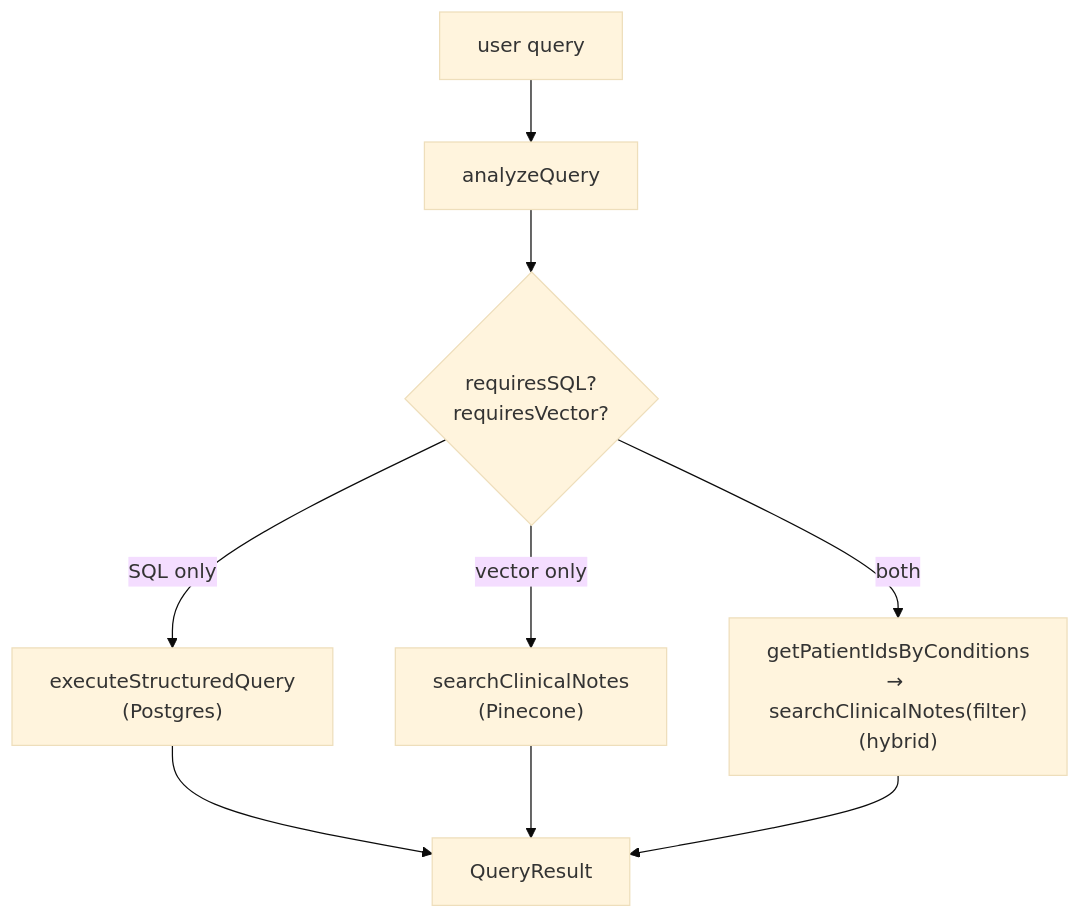
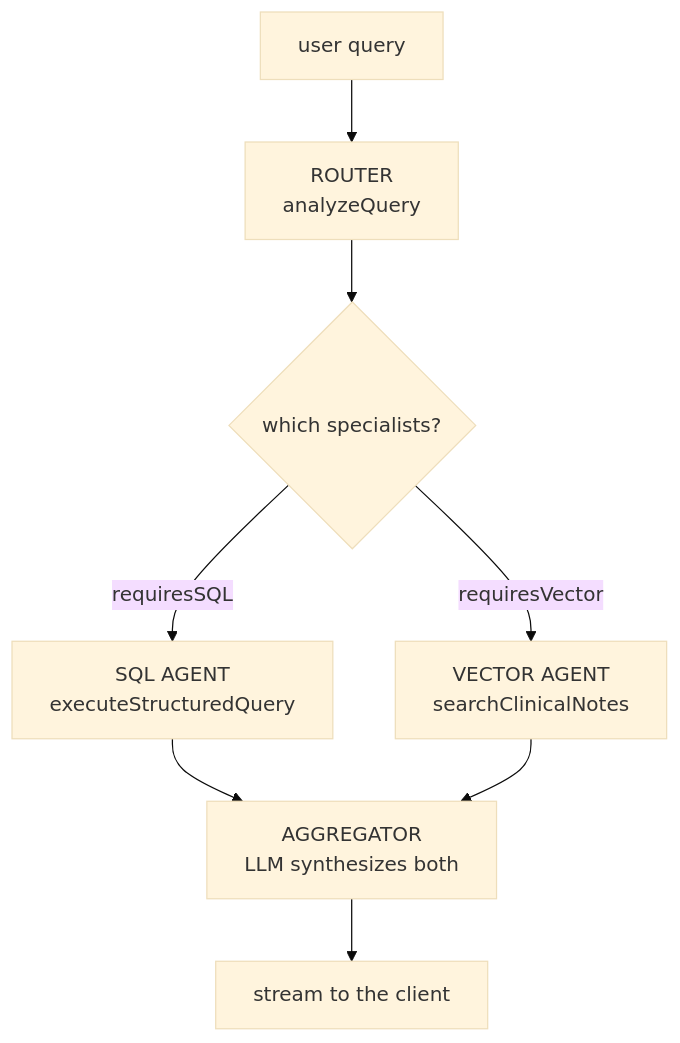
One commit to projectshft/parsity_medical_rag changed the diagram in curriculum/w2-03-orchestration.md. Above: the diagram before and after it, drawn with Mermaid (base theme). The commit also changed other lines of this file and 1 other file, not shown here.

First line of the commit message:
Week 2 content: align orchestration + chat-agent lessons to the multi-agent pipeline

````diff
--- a/curriculum/w2-03-orchestration.md
+++ b/curriculum/w2-03-orchestration.md
@@ -17,11 +15,10 @@
 ```mermaid
 flowchart TD
-    Q[user query] --> AN["analyzeQuery"]
-    AN --> B{requiresSQL?<br/>requiresVector?}
-    B -->|"SQL only"| P1["executeStructuredQuery<br/>(Postgres)"]
-    B -->|"vector only"| P2["searchClinicalNotes<br/>(Pinecone)"]
-    B -->|both| P3["getPatientIdsByConditions<br/>→ searchClinicalNotes(filter)<br/>(hybrid)"]
-    P1 --> R[QueryResult]
-    P2 --> R
-    P3 --> R
+    Q[user query] --> R["ROUTER<br/>analyzeQuery"]
+    R --> D{which specialists?}
+    D -->|requiresSQL| S["SQL AGENT<br/>executeStructuredQuery"]
+    D -->|requiresVector| V["VECTOR AGENT<br/>searchClinicalNotes"]
+    S --> A["AGGREGATOR<br/>LLM synthesizes both"]
+    V --> A
+    A --> ST["stream to the client"]
 ```
````
